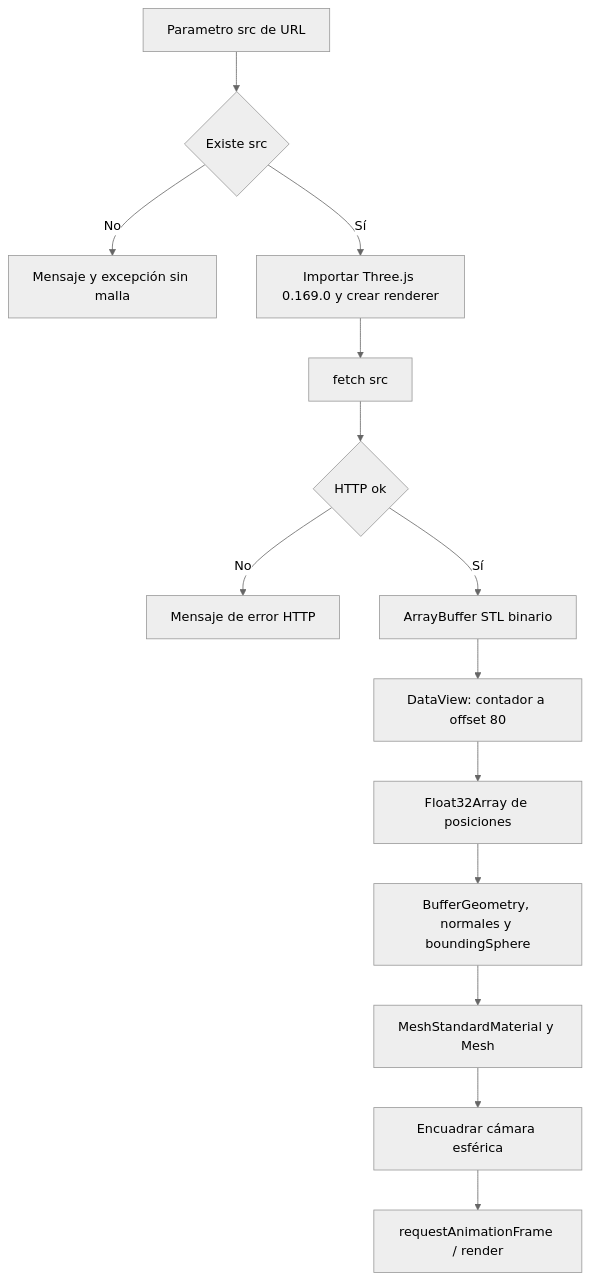
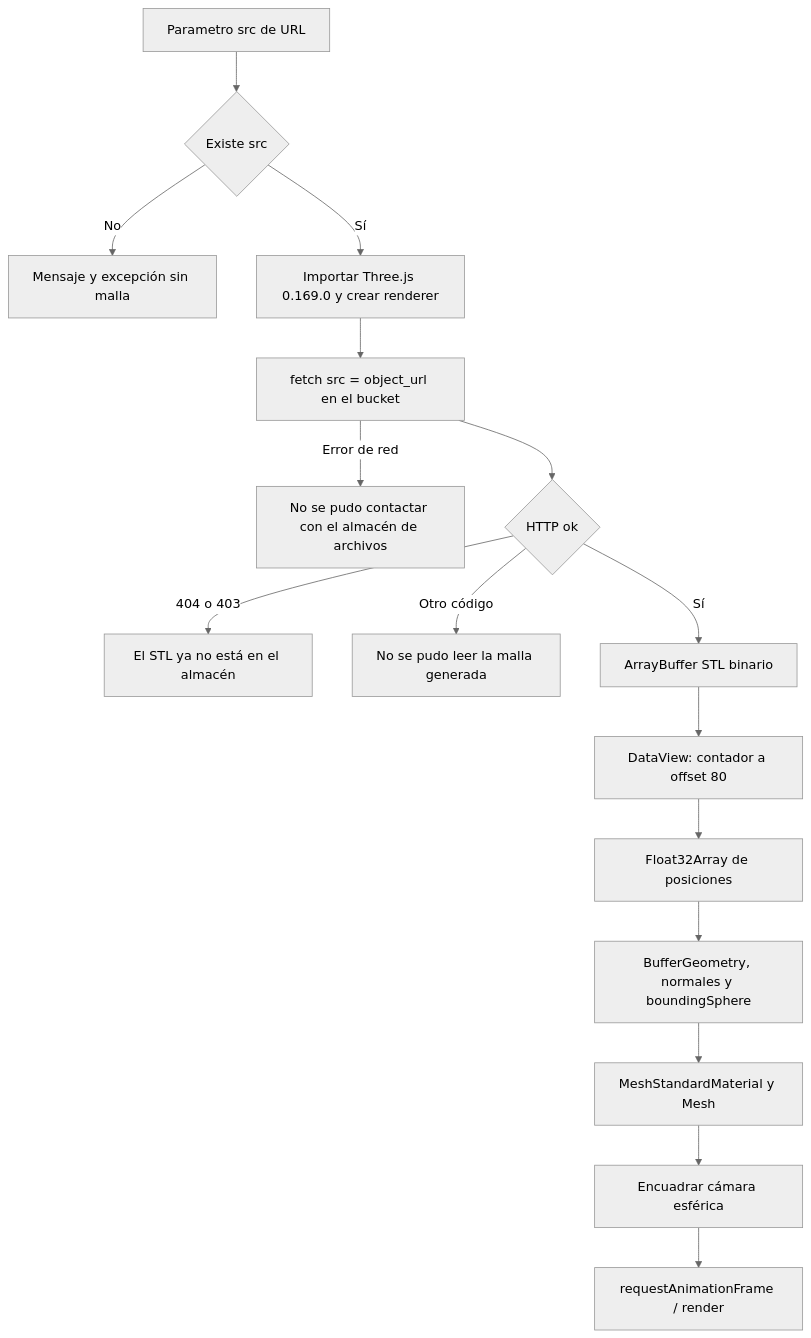
Before and after one commit to MateoDG2006/GenerateModelsApp: the diagram in docs/AppFrontend/VISOR_3D.md, drawn with Mermaid (neutral theme). The commit also changed other lines of this file and 29 other files, not shown here.

````diff
--- a/docs/AppFrontend/VISOR_3D.md
+++ b/docs/AppFrontend/VISOR_3D.md
@@ -7,16 +7,18 @@
 ```mermaid
 flowchart TD
   A[Parametro src de URL] --> B{Existe src}
   B -->|No| C[Mensaje y excepción sin malla]
   B -->|Sí| D[Importar Three.js 0.169.0 y crear renderer]
-  D --> E[fetch src]
+  D --> E[fetch src = object_url en el bucket]
+  E -->|Error de red| X[No se pudo contactar con el almacén de archivos]
   E --> F{HTTP ok}
-  F -->|No| G[Mensaje de error HTTP]
+  F -->|404 o 403| Y[El STL ya no está en el almacén]
+  F -->|Otro código| G[No se pudo leer la malla generada]
   F -->|Sí| H[ArrayBuffer STL binario]
   H --> I[DataView: contador a offset 80]
   I --> J[Float32Array de posiciones]
   J --> K[BufferGeometry, normales y boundingSphere]
   K --> L[MeshStandardMaterial y Mesh]
   L --> M[Encuadrar cámara esférica]
   M --> N[requestAnimationFrame / render]
 ```
````
